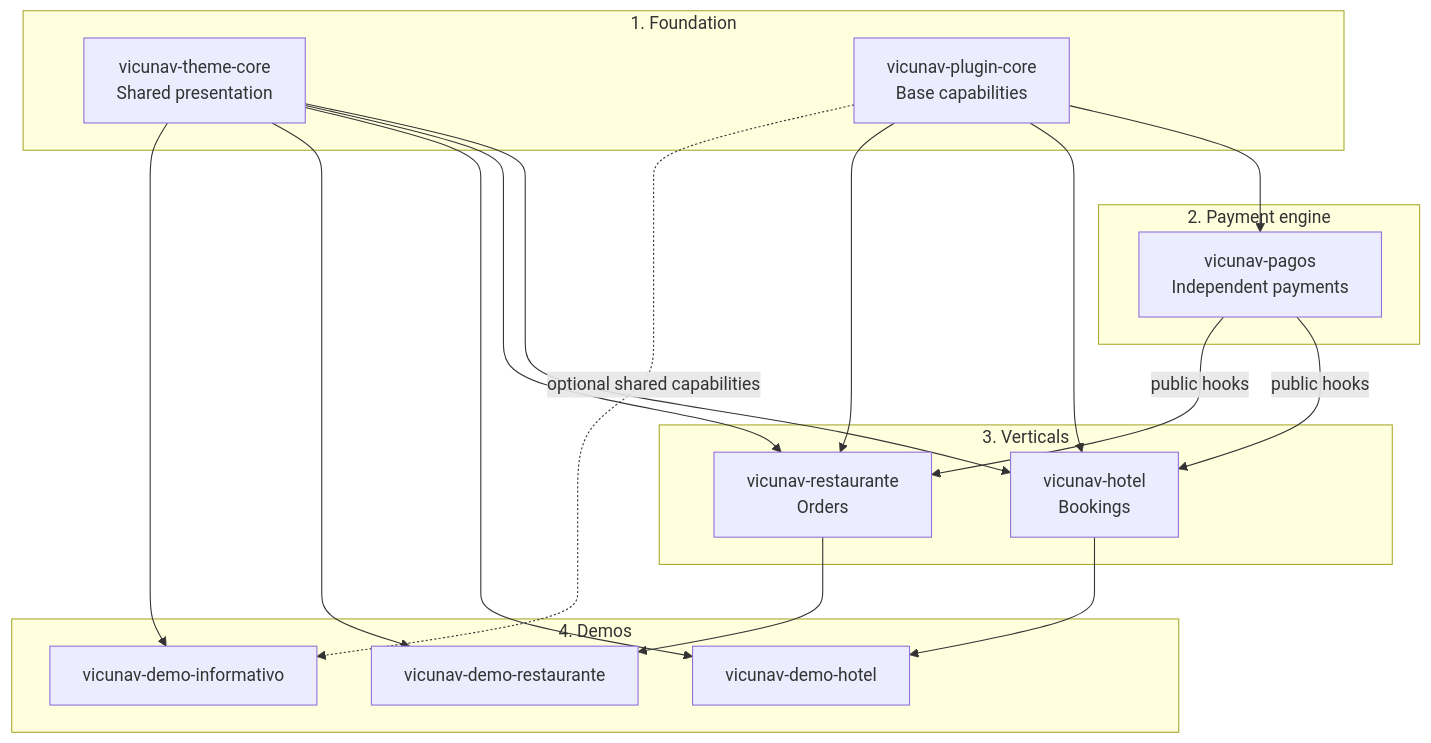
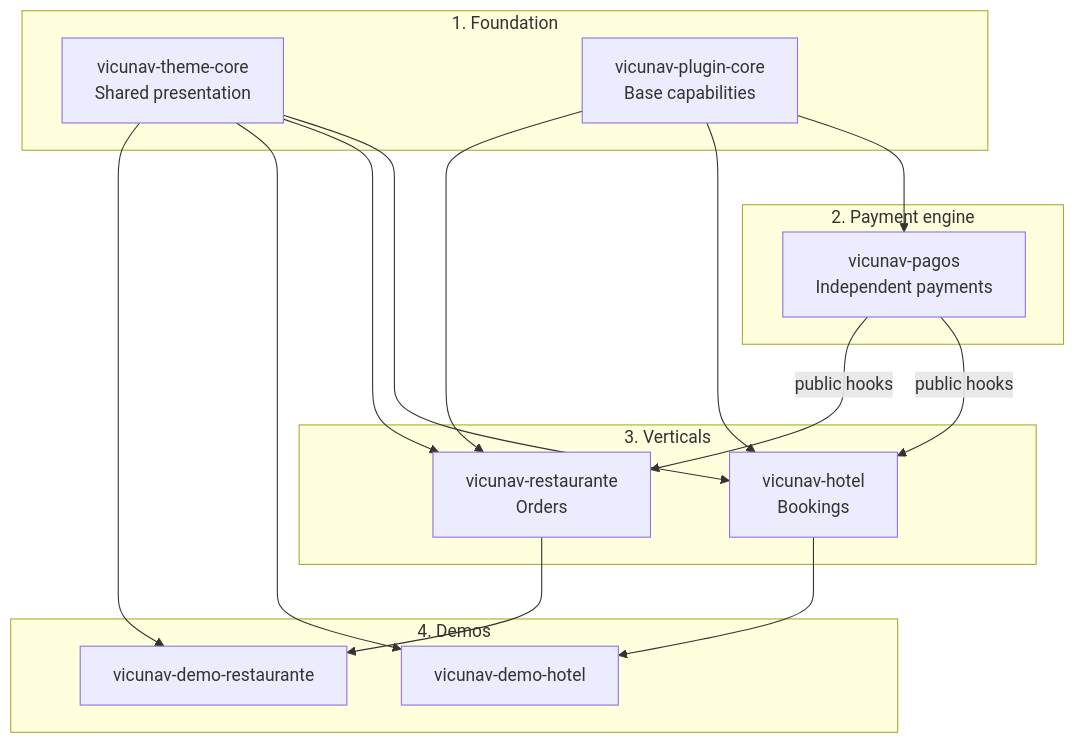
Before and after one commit to vicunav/vicunav-hub: the diagram in README.md, drawn with Mermaid. The commit also changed other lines of this file and 3 other files, not shown here.

First line of the commit message:
docs: retirar vicunav-demo-informativo del mapa del ecosistema

````diff
--- a/README.md
+++ b/README.md
@@ -13,36 +13,33 @@
 ```mermaid
 flowchart TB
     subgraph foundation["1. Foundation"]
         theme["vicunav-theme-core<br/>Shared presentation"]
         plugin["vicunav-plugin-core<br/>Base capabilities"]
     end
 
     subgraph payments["2. Payment engine"]
         payment["vicunav-pagos<br/>Independent payments"]
     end
 
     subgraph verticals["3. Verticals"]
         hotel["vicunav-hotel<br/>Bookings"]
         restaurant["vicunav-restaurante<br/>Orders"]
     end
 
     subgraph demos["4. Demos"]
-        demo_info["vicunav-demo-informativo"]
         demo_hotel["vicunav-demo-hotel"]
         demo_restaurant["vicunav-demo-restaurante"]
     end
 
     plugin --> payment
     theme --> hotel
     theme --> restaurant
     plugin --> hotel
     plugin --> restaurant
     payment -->|public hooks| hotel
     payment -->|public hooks| restaurant
     theme --> demo_hotel
     theme --> demo_restaurant
-    theme --> demo_info
-    plugin -.->|optional shared capabilities| demo_info
     hotel --> demo_hotel
     restaurant --> demo_restaurant
 ```
````
